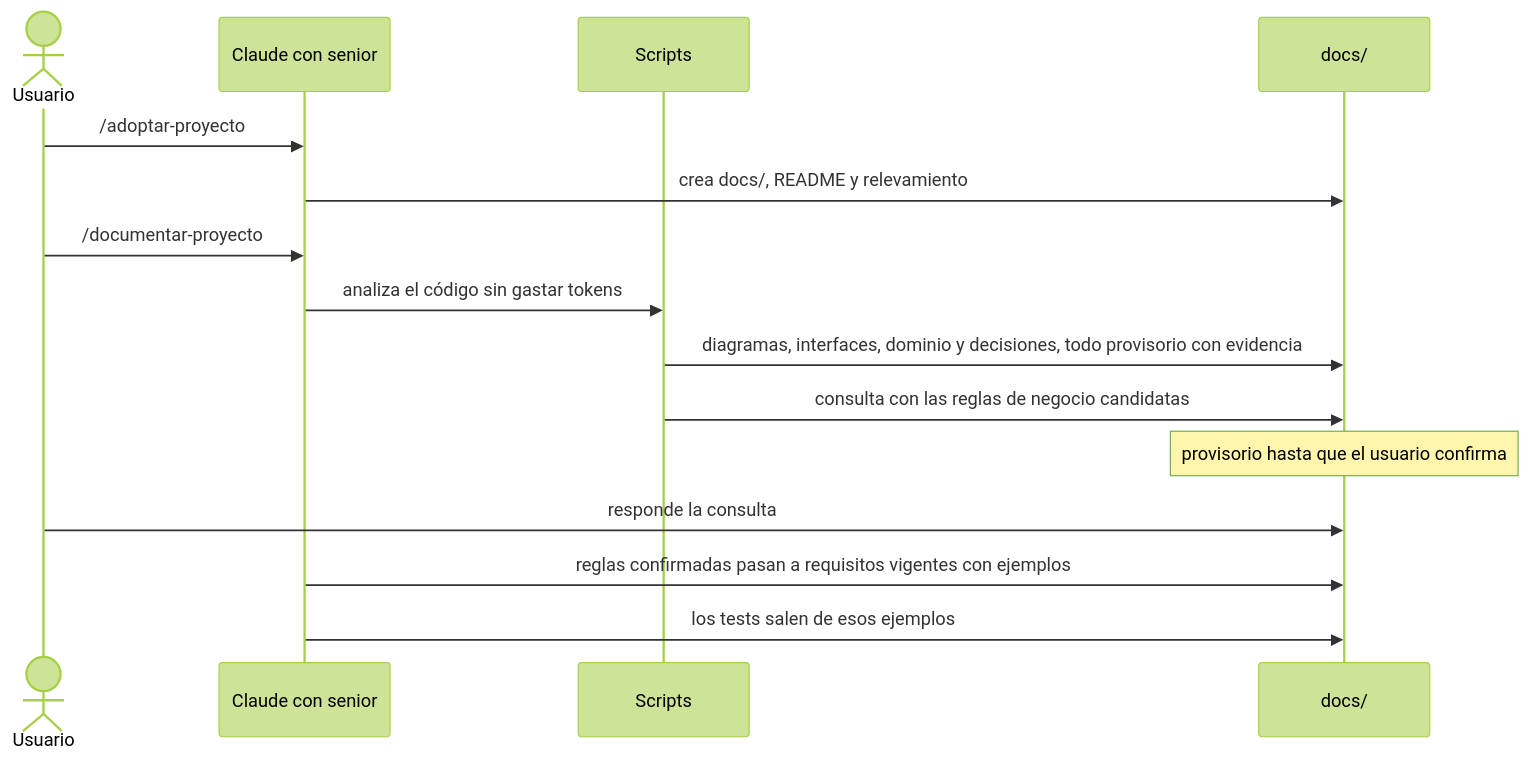
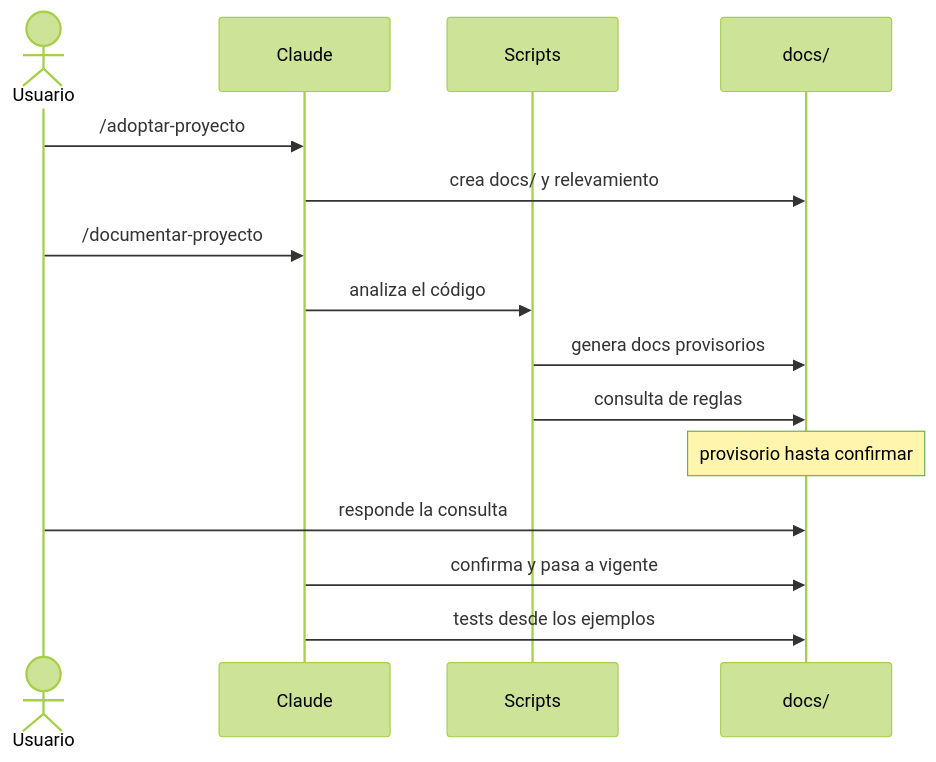
Before and after one commit to dante-sinesi/senior-developer-skill: the diagram in docs/diagramas/confirmar-proyecto-existente.md, drawn with Mermaid (forest theme). The commit also changed 12 other files, not shown here.

Commit message:
feat(docs): diagramas pensados para el ancho de la página, ciclo por fases y abrir en una sola pestaña (#27)

````diff
--- a/docs/diagramas/confirmar-proyecto-existente.md
+++ b/docs/diagramas/confirmar-proyecto-existente.md
@@ -14,17 +14,17 @@
 ```mermaid
 sequenceDiagram
     actor U as Usuario
-    participant C as Claude con senior
+    participant C as Claude
     participant S as Scripts
     participant D as docs/
     U->>C: /adoptar-proyecto
-    C->>D: crea docs/, README y relevamiento
+    C->>D: crea docs/ y relevamiento
     U->>C: /documentar-proyecto
-    C->>S: analiza el código sin gastar tokens
-    S->>D: diagramas, interfaces, dominio y decisiones, todo provisorio con evidencia
-    S->>D: consulta con las reglas de negocio candidatas
-    Note over D: provisorio hasta que el usuario confirma
+    C->>S: analiza el código
+    S->>D: genera docs provisorios
+    S->>D: consulta de reglas
+    Note over D: provisorio hasta confirmar
     U->>D: responde la consulta
-    C->>D: reglas confirmadas pasan a requisitos vigentes con ejemplos
-    C->>D: los tests salen de esos ejemplos
+    C->>D: confirma y pasa a vigente
+    C->>D: tests desde los ejemplos
 ```
````
